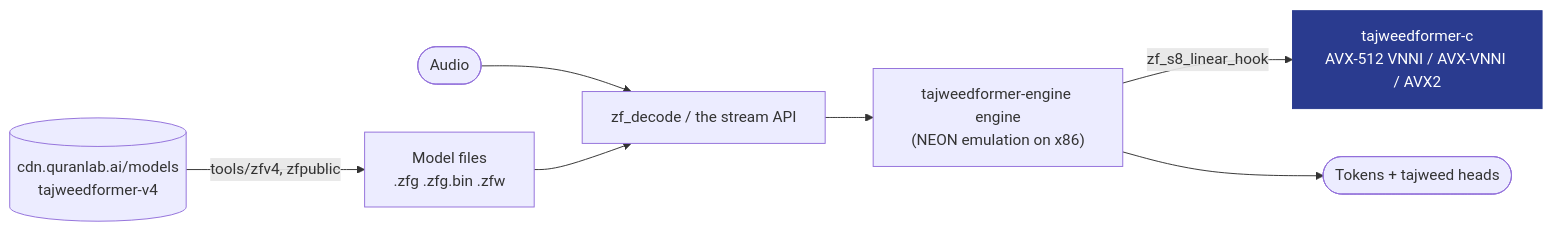
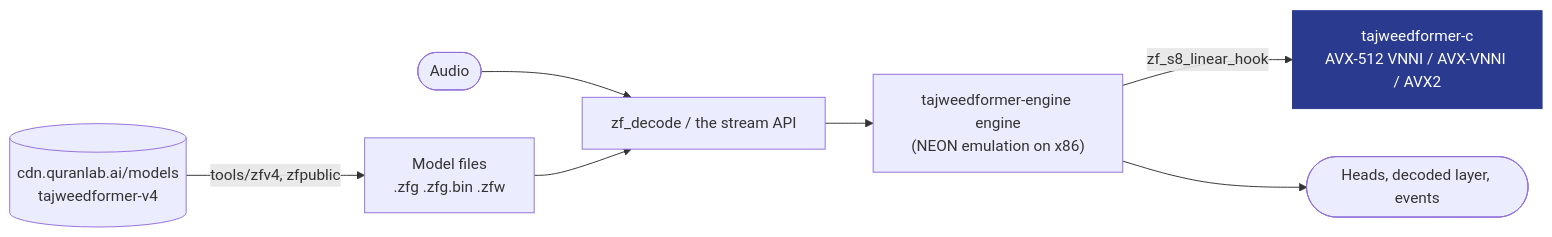
One commit to Quran-Lab/tajweedformer-c changed the diagram in AGENTS.md. Above: the diagram before and after it, drawn with Mermaid. The commit also changed other lines of this file and 71 other files, not shown here.

````diff
--- a/AGENTS.md
+++ b/AGENTS.md
@@ -238,11 +249,11 @@
 ```mermaid
 flowchart LR
   hf[("cdn.quranlab.ai/models<br/>tajweedformer-v4")] -- "tools/zfv4, zfpublic" --> files["Model files<br/>.zfg .zfg.bin .zfw"]
   audio(["Audio"]) --> decode["zf_decode / the stream API"]
   files --> decode
   decode --> engine["tajweedformer-engine engine<br/>(NEON emulation on x86)"]
   engine -- "zf_s8_linear_hook" --> native["tajweedformer-c<br/>AVX-512 VNNI / AVX-VNNI / AVX2"]
-  engine --> out(["Tokens + tajweed heads"])
+  engine --> out(["Heads, decoded layer, events"])
   classDef here fill:#2a3b8f,stroke:#2a3b8f,color:#ffffff
   class native here
 ```
````
